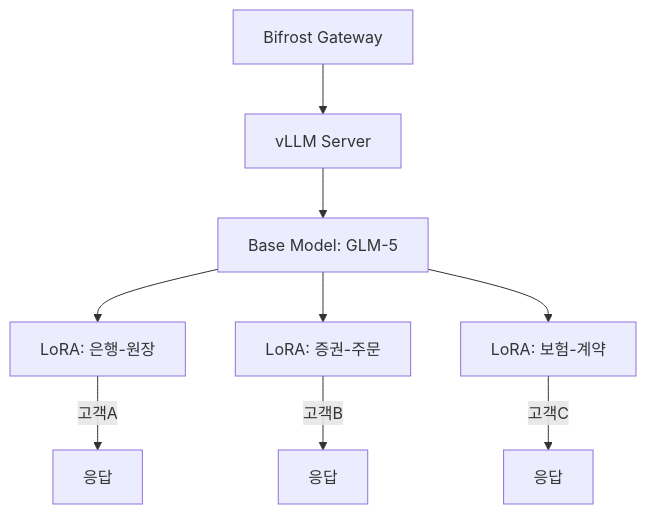
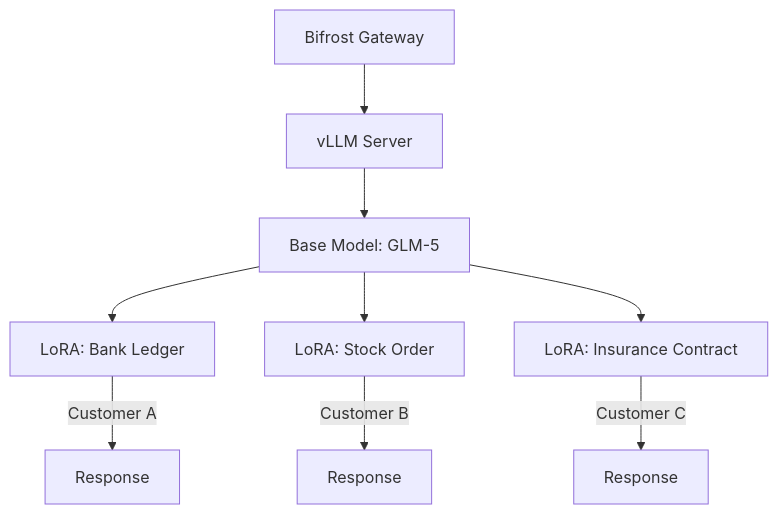
One commit to devfloor9/engineering-playbook changed the second of 4 diagrams in docs/agentic-ai-platform/reference-architecture/model-lifecycle/custom-model-pipeline.md. Above: the diagram before and after it, drawn with Mermaid. The commit also changed other lines of this file and 954 other files, not shown here.

````diff
--- a/docs/agentic-ai-platform/reference-architecture/model-lifecycle/custom-model-pipeline.md
+++ b/docs/agentic-ai-platform/reference-architecture/model-lifecycle/custom-model-pipeline.md
@@ -207,11 +207,11 @@
 ```mermaid
 graph TD
     G[Bifrost Gateway] --> V[vLLM Server]
     V --> B[Base Model: GLM-5]
-    B --> L1[LoRA: 은행-원장]
-    B --> L2[LoRA: 증권-주문]
-    B --> L3[LoRA: 보험-계약]
-    L1 -->|고객A| R1[응답]
-    L2 -->|고객B| R2[응답]
-    L3 -->|고객C| R3[응답]
+    B --> L1[LoRA: Bank Ledger]
+    B --> L2[LoRA: Stock Order]
+    B --> L3[LoRA: Insurance Contract]
+    L1 -->|Customer A| R1[Response]
+    L2 -->|Customer B| R2[Response]
+    L3 -->|Customer C| R3[Response]
 ```
````
